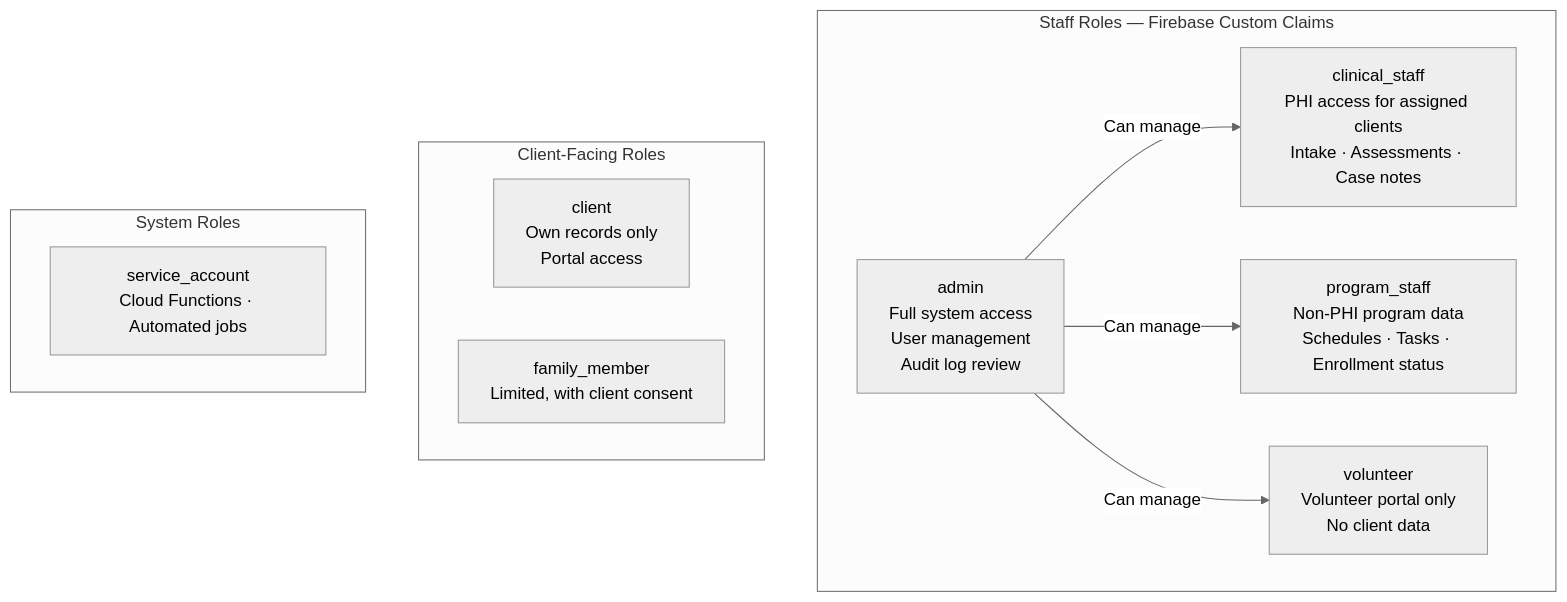
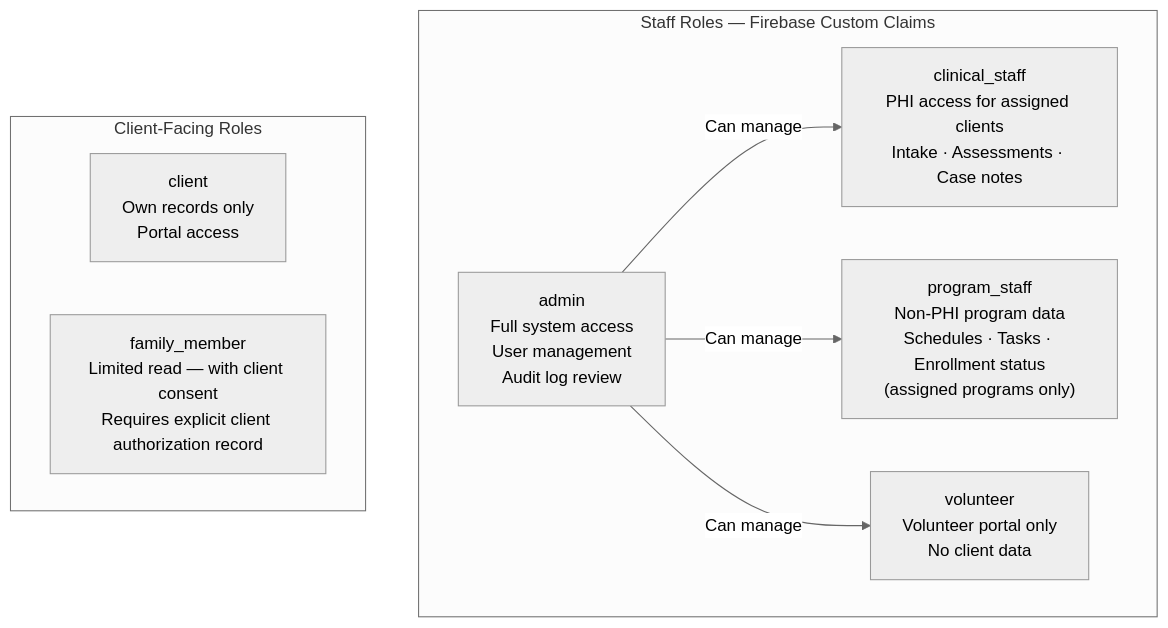
One commit to DCodeBase-X/hipaa-firebase-gcp changed the diagram in docs/05-rbac-design.md. Above: the diagram before and after it, drawn with Mermaid (neutral theme). The commit also changed other lines of this file and 22 other files, not shown here.

````diff
--- a/docs/05-rbac-design.md
+++ b/docs/05-rbac-design.md
@@ -11,22 +11,18 @@
 ```mermaid
 flowchart TD
     subgraph Roles["Staff Roles — Firebase Custom Claims"]
         ADM["admin\nFull system access\nUser management\nAudit log review"]
         CS["clinical_staff\nPHI access for assigned clients\nIntake · Assessments · Case notes"]
-        PS["program_staff\nNon-PHI program data\nSchedules · Tasks · Enrollment status"]
+        PS["program_staff\nNon-PHI program data\nSchedules · Tasks · Enrollment status\n(assigned programs only)"]
         VOL["volunteer\nVolunteer portal only\nNo client data"]
     end
 
     subgraph Client["Client-Facing Roles"]
         CLI["client\nOwn records only\nPortal access"]
-        FAM["family_member\nLimited, with client consent"]
-    end
-
-    subgraph System["System Roles"]
-        SVC["service_account\nCloud Functions · Automated jobs"]
+        FAM["family_member\nLimited read — with client consent\nRequires explicit client authorization record"]
     end
 
     ADM -->|"Can manage"| CS
     ADM -->|"Can manage"| PS
     ADM -->|"Can manage"| VOL
 ```
````
